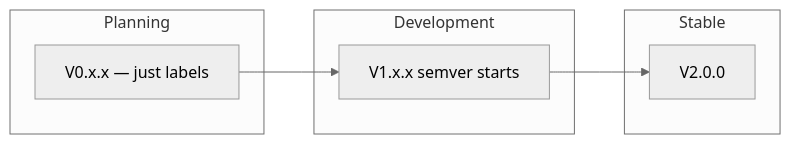
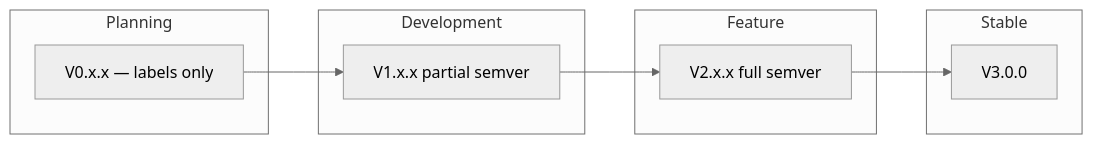
One commit to Monbuticloud/mononium changed the diagram in docs/plans/Versioning.md. Above: the diagram before and after it, drawn with Mermaid (neutral theme). The commit also changed other lines of this file and 2 other files, not shown here.

First line of the commit message:
docs: realign versioning to V1 dev → V2 feature → V3 stable scheme

````diff
--- a/docs/plans/Versioning.md
+++ b/docs/plans/Versioning.md
@@ -30,12 +30,15 @@
 ```mermaid
 graph LR
     subgraph Planning
-        V0[V0.x.x — just labels]
+        V0[V0.x.x — labels only]
     end
     subgraph Development
-        V0 --> V1[V1.x.x semver starts]
+        V0 --> V1[V1.x.x partial semver]
+    end
+    subgraph Feature
+        V1 --> V2[V2.x.x full semver]
     end
     subgraph Stable
-        V1 --> V2[V2.0.0]
+        V2 --> V3[V3.0.0]
     end
 ```
````
